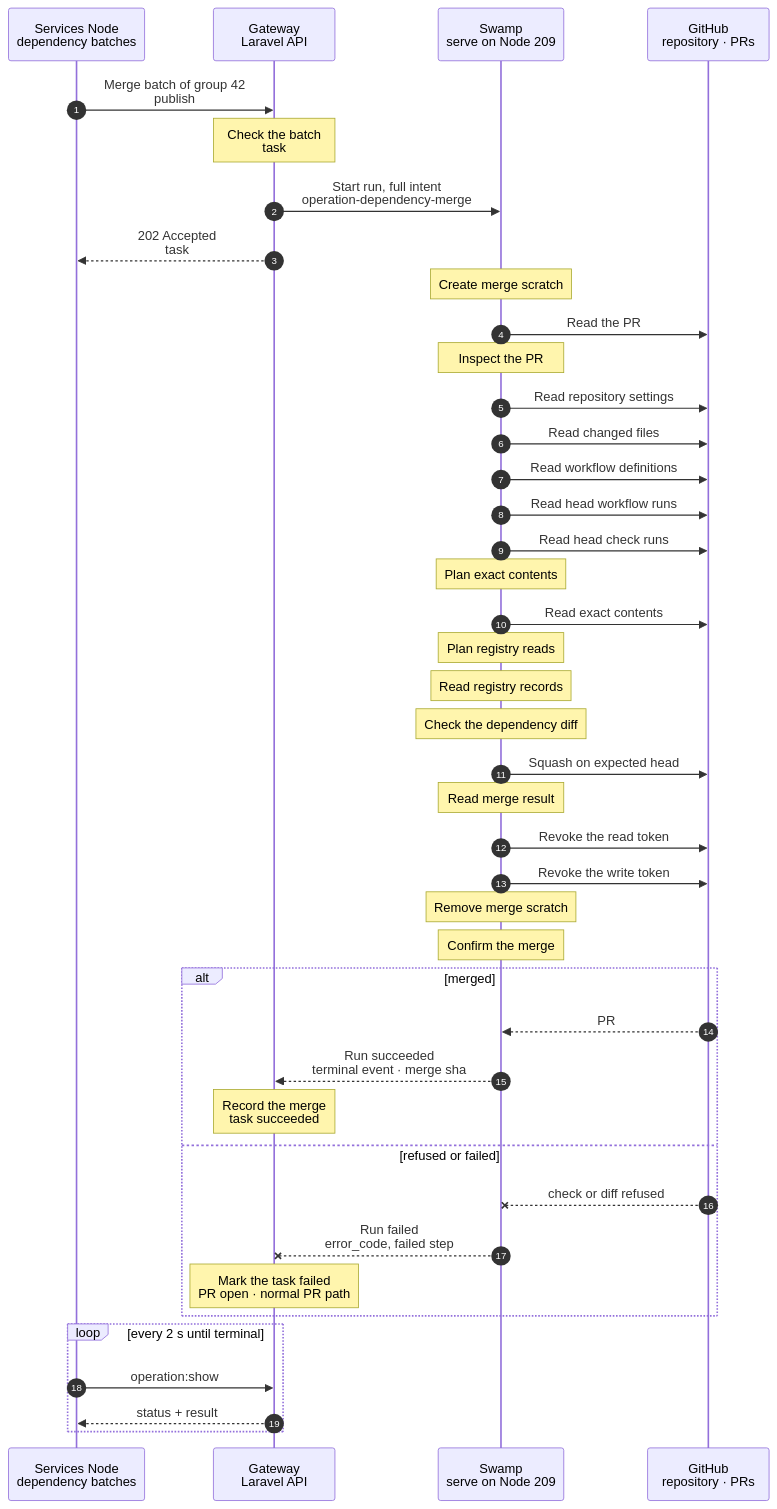
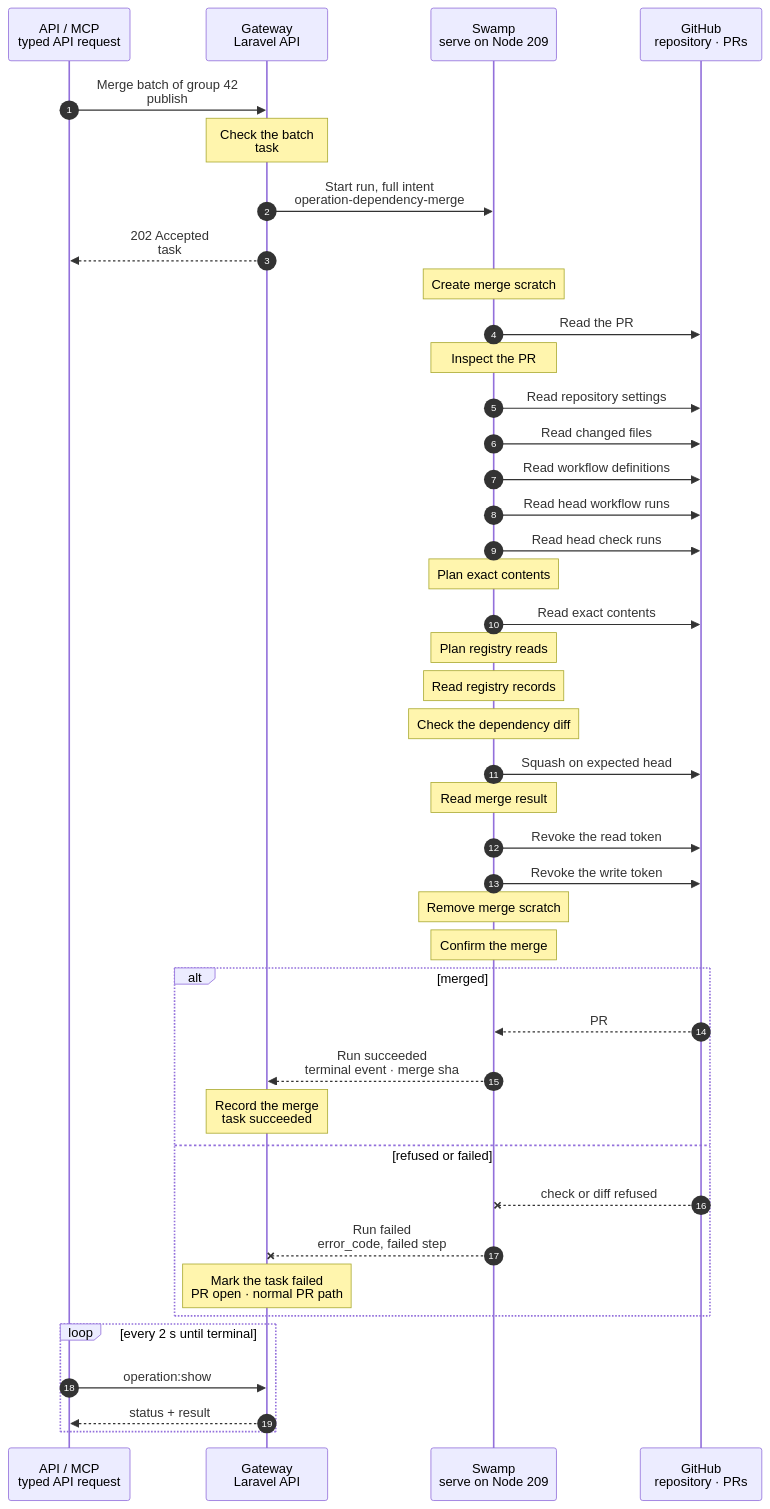
Before and after one commit to hardimpactdev/orbit: the diagram in docs/cli/tasks/dependency-merge.mmd, drawn with Mermaid. The commit also changed 4 other files, not shown here.

Commit message:
docs(tasks): draw required parameters on the main path (flow rule 23)

```diff
--- a/docs/cli/tasks/dependency-merge.mmd
+++ b/docs/cli/tasks/dependency-merge.mmd
@@ -1,116 +1,116 @@
 sequenceDiagram
   %% Target design: ADR 0244 task, DECISIONS 1 (tokens minted at admission, vault; no private-material callback) and R2-R3. docs/reference/tasks.md#dependency-batch-squash-admission.
   %% Tightened: flow-tighten 2026-11-02; native command boundaries remain visible, independent reads and content requests fan out.
   %% status: migrated
-  %% command: none · Services API (tasks-dependency-merge)
+  %% command: none · API / MCP (tasks-dependency-merge)
   %% kind: tasks.dependency_merge
   autonumber
   %% lane CLI icon=terminal pill=caller tone=gray
   %% lane GW icon=gateway pill=intent tone=blue
   %% lane SW icon=workflow pill=executes tone=green
   %% lane GH icon=server pill=target tone=purple
-  participant CLI as Services Node<br/>dependency batches
+  participant CLI as API / MCP<br/>typed API request
   participant GW as Gateway<br/>Laravel API
   participant SW as Swamp<br/>serve on Node 209
   participant GH as GitHub<br/>repository · PRs
   CLI->>GW: Merge batch of group 42<br/>publish #5165 · head 9f3c…
   %%> Command:
   %%> - `POST /api/v1/task-groups/42/dependency-merge` with `publish_operation_id` 5165, `head_sha` and an `Idempotency-Key`
   %%> - syntax: the MCP tool `tasks-dependency-merge` with `group`, `publish_operation_id`, `head_sha`
   %%> Who can call it:
   %%> - only the configured Services Node; there is no `orbit` command
   Note over GW: Check the batch<br/>task #5166 · mint 2 tokens
   %%> Requirements:
   %%> - the Project has dependency merge enabled; today every Project is off
   %%> - the Project is an app with a hosted production Instance; packages and unclassified monorepos are refused
   %%> - group 42 is an external dependency batch the Services Node created, with a passed handoff check and the exact successful publish task #5165 for this head
   %%> - no other task runs on group 42; the Gateway holds one lock per group
   %%> What it does:
   %%> - mints a write token with only `contents: write` and `pull_requests: write`, never `workflows: write`
   %%> - mints a read token with `contents`, `pull_requests`, `checks` and `actions` read
   %%> - pushes both to the vault as `dependency-merge-write-<uuid>` and `dependency-merge-read-<uuid>` after commit (R3); no step fetches them from the Gateway
   %%> Result:
   %%> - task #5166 recorded with the full intent
   GW->>SW: Start run, full intent<br/>operation-dependency-merge
   %%> What it does:
   %%> - starts one Swamp run on serve (Node 209); no Node is a target
   %%> Inputs:
   %%> - the repository, default branch, PR branch `task-42`, expected head, and the smoke workflow path
   %%> - the vault key names of the tokens, never the tokens
   GW-->>CLI: 202 Accepted<br/>task #5166
   %%> What you get:
   %%> - the task number, at once
   %%> Next:
   %%> - the caller follows the task with `operation:show`
   Note over SW: Create merge scratch
   %%> What it does:
   %%> - creates a private temporary directory for native replies; no repository content enters run data
   SW->>GH: Read the PR
   Note over SW: Inspect the PR
   %%> Recovery:
   %%> - an already-merged exact head skips metadata, contents, registry reads and the PUT; its merge SHA is kept
   SW->>GH: Read repository settings
   %%> Parallel:
   %%> - repository settings, changed files, workflow definitions, exact-head workflow runs and check runs are independent native reads
   SW->>GH: Read changed files
   %%> What it does:
   %%> - follows all Link pages; count, duplicates and the GitHub truncation boundary are checked before reading contents
   SW->>GH: Read workflow definitions
   SW->>GH: Read head workflow runs
   SW->>GH: Read head check runs
   Note over SW: Plan exact contents
   SW->>GH: Read exact contents
   %%> What it does:
   %%> - reads every allowed changed file at base and head, and its root manifest, in parallel
   Note over SW: Plan registry reads
   Note over SW: Read registry records
   %%> What it does:
   %%> - reads public Packagist metadata with bounded curl commands; no GitHub token reaches the registry
   Note over SW: Check the dependency diff
   %%> Refuses:
   %%> - changes outside existing dependency versions, breaking root ranges, untrusted lock sources or unreachable packages
   %%> - exact-head Required checks or the configured production smoke suite missing, pending or failed
   SW->>GH: Squash on expected head
   %%> What it does:
   %%> - one squash PUT with the admitted sha; a moved head refuses without merging
   Note over SW: Read merge result
   SW->>GH: Revoke the read token
   %%> When:
   %%> - always, on success and failure; best effort because both tokens expire within one hour
   SW->>GH: Revoke the write token
   %%> When:
   %%> - always, on success and failure; best effort because both tokens expire within one hour
   Note over SW: Remove merge scratch
   Note over SW: Confirm the merge
   alt merged
     GH-->>SW: PR #57 merged · sha
     %%> Returns:
     %%> - the merge commit
     SW-->>GW: Run succeeded<br/>terminal event · merge sha
     %%> How the Gateway learns it:
     %%> - its shared run reader sees the terminal event; Swamp never calls the Gateway
     Note over GW: Record the merge<br/>task succeeded
     %%> Result:
     %%> - task #5166 succeeds with the merge SHA
     %%> - the task system sees the merge and completes group 42 as usual; nothing is deployed here
   else refused or failed
     GH--xSW: check or diff refused
     %%> When:
     %%> - a check, file or diff rule refuses, the head moved, or GitHub refuses the merge
     SW--xGW: Run failed<br/>error_code, failed step
     %%> The Gateway reads:
     %%> - which step failed and its error code
     Note over GW: Mark the task failed<br/>PR open · normal PR path
     %%> Result:
     %%> - task #5166 fails; PR #57 stays open and goes through ordinary PR handling
     %%> Retry:
     %%> - a new request for the same head is a new task with new tokens; it reads everything again
   end
   loop every 2 s until terminal
     CLI->>GW: operation:show #5166
     %%> What it does:
     %%> - asks for the task's status every 2 seconds until it has ended
     GW-->>CLI: status + result
     %%> Returns:
     %%> - the current status, and the result once the task has ended
   end
```
